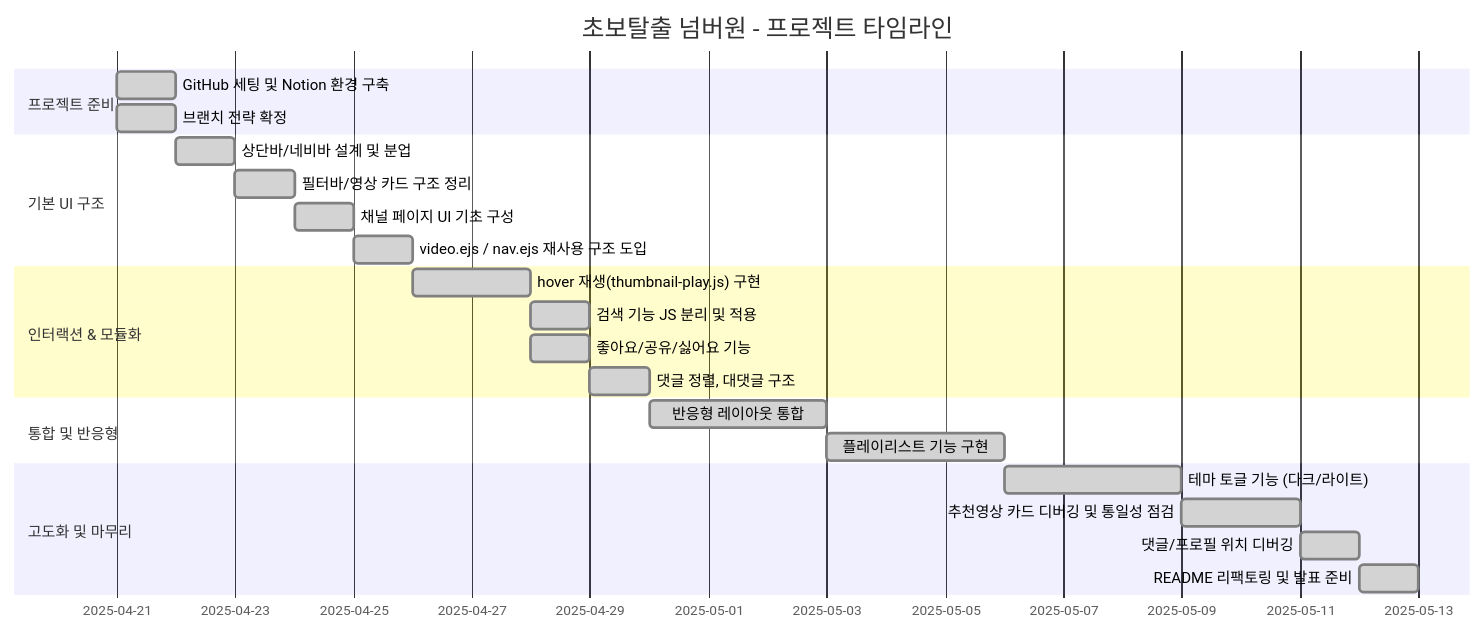
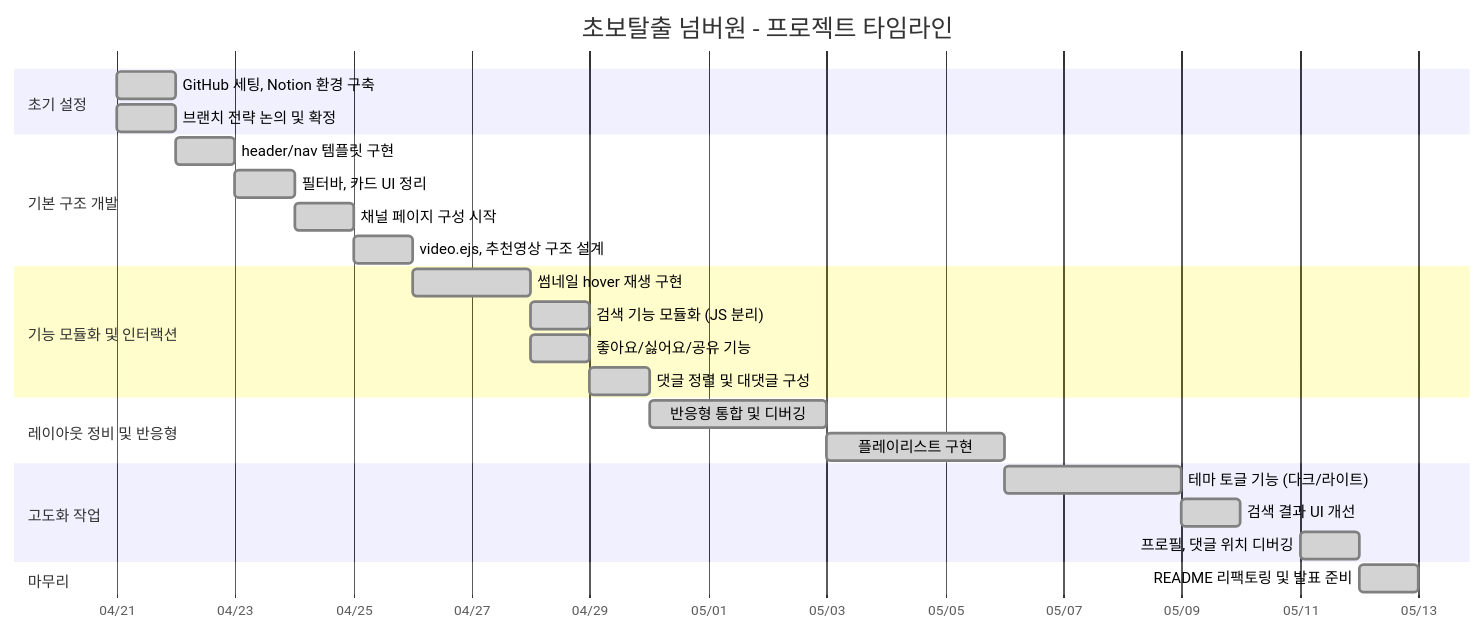
Before and after one commit to yoonhyunjin02/youtube-clone-frontend: the second of 2 diagrams in README.md, drawn with Mermaid.

Commit message:
docs: finalize README layout and prevent name wrapping

````diff
--- a/README.md
+++ b/README.md
@@ -185,30 +185,34 @@
 ```mermaid
 gantt
     title 초보탈출 넘버원 - 프로젝트 타임라인
     dateFormat  YYYY-MM-DD
-    section 프로젝트 준비
-    GitHub 세팅 및 Notion 환경 구축       :done, a1, 2025-04-21, 1d
-    브랜치 전략 확정                      :done, a2, 2025-04-21, 1d
+    axisFormat  %m/%d
 
-    section 기본 UI 구조
-    상단바/네비바 설계 및 분업           :done, b1, 2025-04-22, 1d
-    필터바/영상 카드 구조 정리           :done, b2, 2025-04-23, 1d
-    채널 페이지 UI 기초 구성             :done, b3, 2025-04-24, 1d
-    video.ejs / nav.ejs 재사용 구조 도입 :done, b4, 2025-04-25, 1d
+    section 초기 설정
+    GitHub 세팅, Notion 환경 구축      :done, start1, 2025-04-21, 1d
+    브랜치 전략 논의 및 확정          :done, 2025-04-21, 1d
 
-    section 인터랙션 & 모듈화
-    hover 재생(thumbnail-play.js) 구현   :done, c1, 2025-04-26, 2d
-    검색 기능 JS 분리 및 적용            :done, c2, 2025-04-28, 1d
-    좋아요/공유/싫어요 기능             :done, c3, 2025-04-28, 1d
-    댓글 정렬, 대댓글 구조               :done, c4, 2025-04-29, 1d
+    section 기본 구조 개발
+    header/nav 템플릿 구현           :done, 2025-04-22, 1d
+    필터바, 카드 UI 정리             :done, 2025-04-23, 1d
+    채널 페이지 구성 시작             :done, 2025-04-24, 1d
+    video.ejs, 추천영상 구조 설계     :done, 2025-04-25, 1d
 
-    section 통합 및 반응형
-    반응형 레이아웃 통합                :done, d1, 2025-04-30, 3d
-    플레이리스트 기능 구현              :done, d2, 2025-05-03, 3d
+    section 기능 모듈화 및 인터랙션
+    썸네일 hover 재생 구현           :done, 2025-04-26, 2d
+    검색 기능 모듈화 (JS 분리)       :done, 2025-04-28, 1d
+    좋아요/싫어요/공유 기능         :done, 2025-04-28, 1d
+    댓글 정렬 및 대댓글 구성         :done, 2025-04-29, 1d
 
-    section 고도화 및 마무리
-    테마 토글 기능 (다크/라이트)        :done, e1, 2025-05-06, 3d
-    추천영상 카드 디버깅 및 통일성 점검 :done, e2, 2025-05-09, 2d
-    댓글/프로필 위치 디버깅             :done, e3, 2025-05-11, 1d
-    README 리팩토링 및 발표 준비        :done, e4, 2025-05-12, 1d
+    section 레이아웃 정비 및 반응형
+    반응형 통합 및 디버깅           :done, 2025-04-30, 3d
+    플레이리스트 구현                :done, 2025-05-03, 3d
+
+    section 고도화 작업
+    테마 토글 기능 (다크/라이트)     :done, 2025-05-06, 3d
+    검색 결과 UI 개선                :done, 2025-05-09, 1d
+    프로필, 댓글 위치 디버깅         :done, 2025-05-11, 1d
+
+    section 마무리
+    README 리팩토링 및 발표 준비    :done, final, 2025-05-12, 1d
 ```
````
